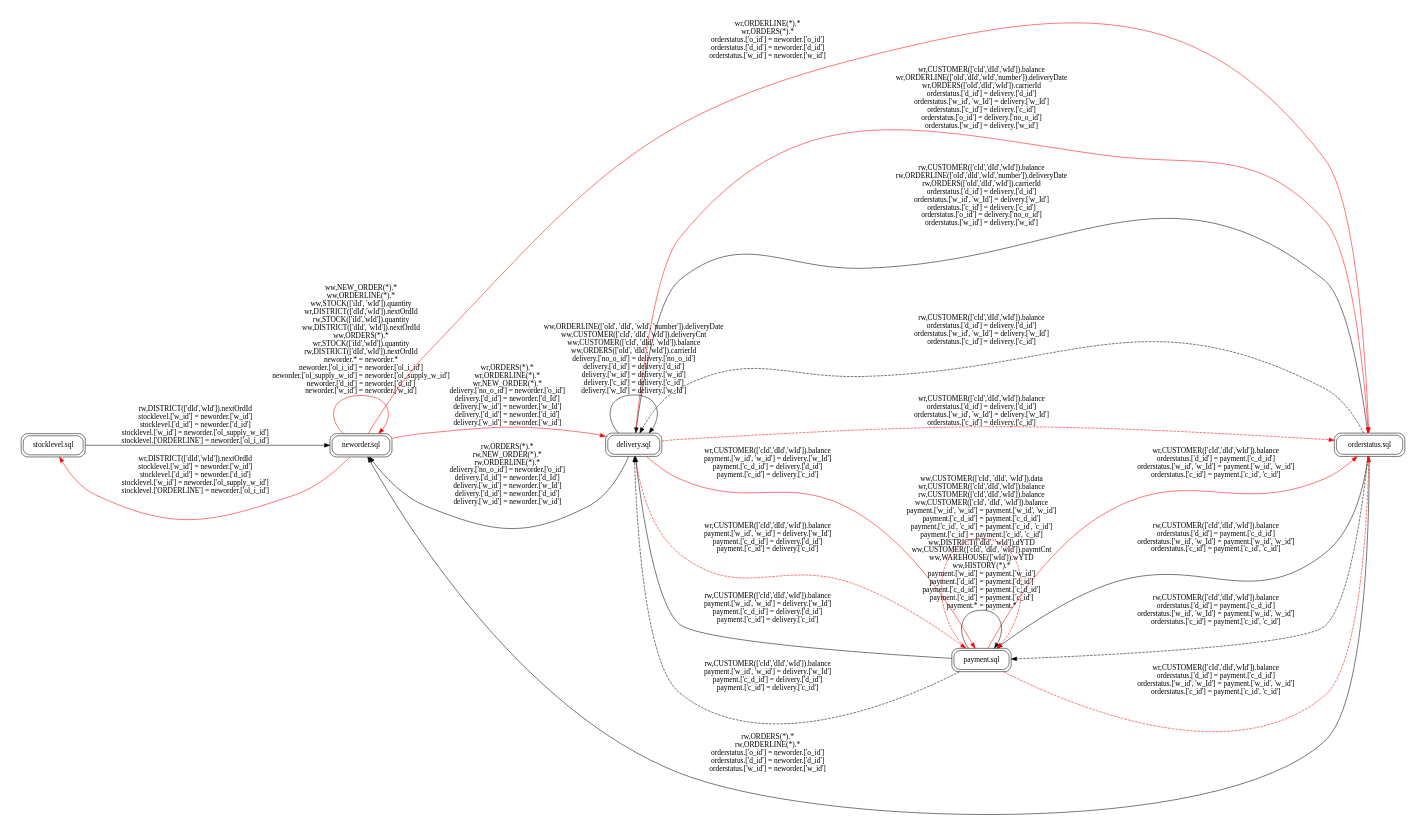
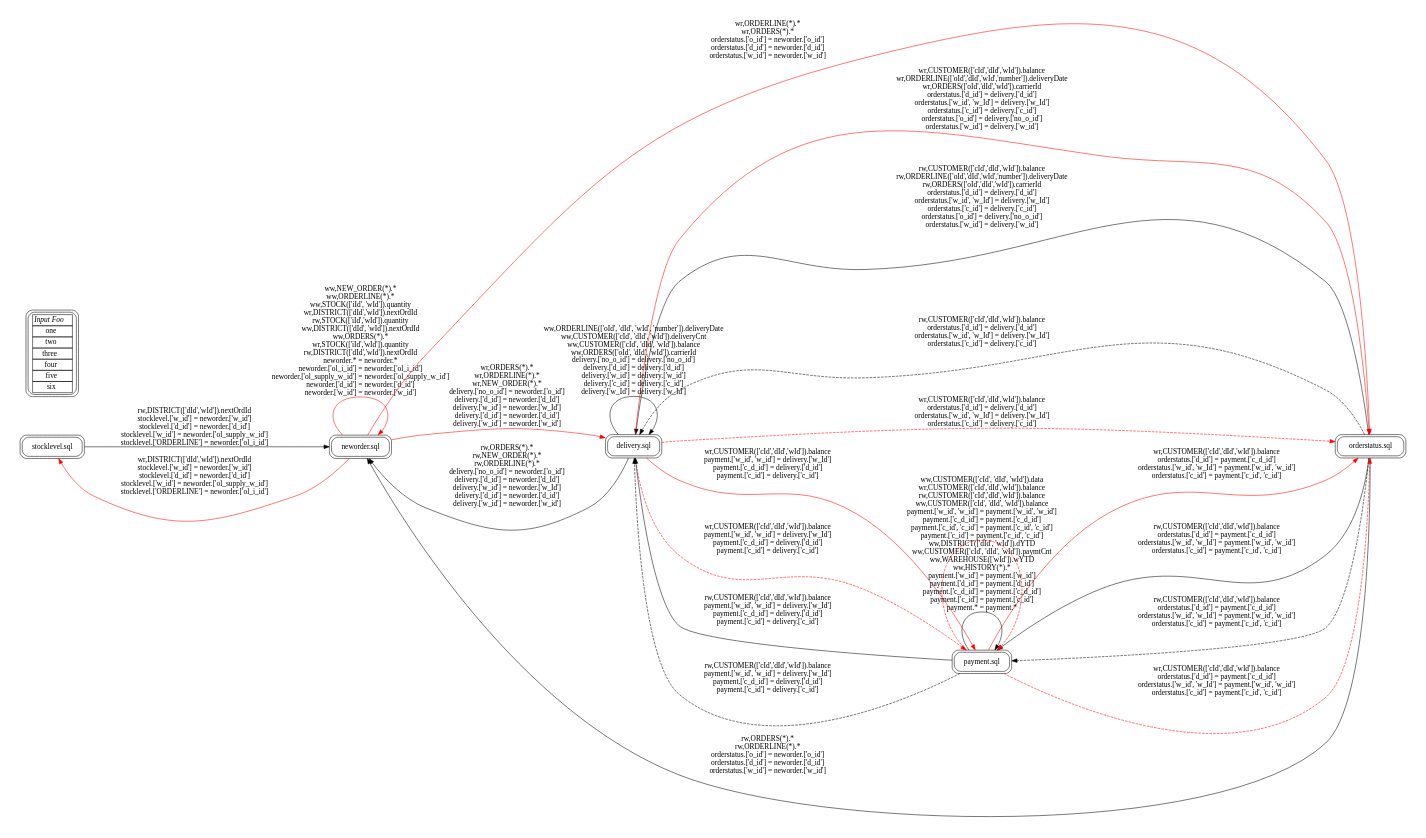
Before and after one commit to Paul-Tra/PLONG-SQL-Dependencies: the diagram in app/graph.dot, drawn with Graphviz. The commit also changed 14 other files, not shown here.

```diff
--- a/app/graph.dot
+++ b/app/graph.dot
@@ -1,138 +1,152 @@
 digraph G{
 	rankdir=LR
 	size="8,5"
 	nodesep=1.0
 	node[shape=box style=rounded peripheries=2]
 "stocklevel.sql"->"neworder.sql"[ label = "rw,DISTRICT(['dId','wId']).nextOrdId
 	stocklevel.['w_id'] = neworder.['w_id']
 	stocklevel.['d_id'] = neworder.['d_id']
 	stocklevel.['w_id'] = neworder.['ol_supply_w_id']
 	stocklevel.['ORDERLINE'] = neworder.['ol_i_id']", style = solid, color = black ]
 "neworder.sql"->"stocklevel.sql"[ label = "wr,DISTRICT(['dId','wId']).nextOrdId
 	stocklevel.['w_id'] = neworder.['w_id']
 	stocklevel.['d_id'] = neworder.['d_id']
 	stocklevel.['w_id'] = neworder.['ol_supply_w_id']
 	stocklevel.['ORDERLINE'] = neworder.['ol_i_id']", style = solid, color = red ]
 "orderstatus.sql"->"neworder.sql"[ label = "rw,ORDERS(*).*
 	rw,ORDERLINE(*).*
 	orderstatus.['o_id'] = neworder.['o_id']
 	orderstatus.['d_id'] = neworder.['d_id']
 	orderstatus.['w_id'] = neworder.['w_id']", style = solid, color = black ]
 "neworder.sql"->"orderstatus.sql"[ label = "wr,ORDERLINE(*).*
 	wr,ORDERS(*).*
 	orderstatus.['o_id'] = neworder.['o_id']
 	orderstatus.['d_id'] = neworder.['d_id']
 	orderstatus.['w_id'] = neworder.['w_id']", style = solid, color = red ]
 "orderstatus.sql"->"delivery.sql"[ label = "rw,CUSTOMER(['cId','dId','wId']).balance
 	rw,ORDERLINE(['oId','dId','wId','number']).deliveryDate
 	rw,ORDERS(['oId','dId','wId']).carrierId
 	orderstatus.['d_id'] = delivery.['d_id']
 	orderstatus.['w_id', 'w_Id'] = delivery.['w_Id']
 	orderstatus.['c_id'] = delivery.['c_id']
 	orderstatus.['o_id'] = delivery.['no_o_id']
 	orderstatus.['w_id'] = delivery.['w_id']", style = solid, color = black ]
 "delivery.sql"->"orderstatus.sql"[ label = "wr,CUSTOMER(['cId','dId','wId']).balance
 	wr,ORDERLINE(['oId','dId','wId','number']).deliveryDate
 	wr,ORDERS(['oId','dId','wId']).carrierId
 	orderstatus.['d_id'] = delivery.['d_id']
 	orderstatus.['w_id', 'w_Id'] = delivery.['w_Id']
 	orderstatus.['c_id'] = delivery.['c_id']
 	orderstatus.['o_id'] = delivery.['no_o_id']
 	orderstatus.['w_id'] = delivery.['w_id']", style = solid, color = red ]
 "payment.sql"->"orderstatus.sql"[ label = "wr,CUSTOMER(['cId','dId','wId']).balance
 	orderstatus.['d_id'] = payment.['c_d_id']
 	orderstatus.['w_id', 'w_Id'] = payment.['w_id', 'w_id']
 	orderstatus.['c_id'] = payment.['c_id', 'c_id']", style = solid, color = red ]
 "neworder.sql"->"neworder.sql"[ label = "ww,NEW_ORDER(*).*
 	ww,ORDERLINE(*).*
 	ww,STOCK(['iId', 'wId']).quantity
 	wr,DISTRICT(['dId','wId']).nextOrdId
 	rw,STOCK(['iId','wId']).quantity
 	ww,DISTRICT(['dId', 'wId']).nextOrdId
 	ww,ORDERS(*).*
 	wr,STOCK(['iId','wId']).quantity
 	rw,DISTRICT(['dId','wId']).nextOrdId
 	neworder.* = neworder.*
 	neworder.['ol_i_id'] = neworder.['ol_i_id']
 	neworder.['ol_supply_w_id'] = neworder.['ol_supply_w_id']
 	neworder.['d_id'] = neworder.['d_id']
 	neworder.['w_id'] = neworder.['w_id']", style = solid, color = red ]
 "neworder.sql"->"delivery.sql"[ label = "wr,ORDERS(*).*
 	wr,ORDERLINE(*).*
 	wr,NEW_ORDER(*).*
 	delivery.['no_o_id'] = neworder.['o_id']
 	delivery.['d_id'] = neworder.['d_Id']
 	delivery.['w_id'] = neworder.['w_Id']
 	delivery.['d_id'] = neworder.['d_id']
 	delivery.['w_id'] = neworder.['w_id']", style = solid, color = red ]
 "delivery.sql"->"neworder.sql"[ label = "rw,ORDERS(*).*
 	rw,NEW_ORDER(*).*
 	rw,ORDERLINE(*).*
 	delivery.['no_o_id'] = neworder.['o_id']
 	delivery.['d_id'] = neworder.['d_Id']
 	delivery.['w_id'] = neworder.['w_Id']
 	delivery.['d_id'] = neworder.['d_id']
 	delivery.['w_id'] = neworder.['w_id']", style = solid, color = black ]
 "delivery.sql"->"delivery.sql"[ label = "ww,ORDERLINE(['oId', 'dId', 'wId', 'number']).deliveryDate
 	ww,CUSTOMER(['cId', 'dId', 'wId']).deliveryCnt
 	ww,CUSTOMER(['cId', 'dId', 'wId']).balance
 	ww,ORDERS(['oId', 'dId', 'wId']).carrierId
 	delivery.['no_o_id'] = delivery.['no_o_id']
 	delivery.['d_id'] = delivery.['d_id']
 	delivery.['w_id'] = delivery.['w_id']
 	delivery.['c_id'] = delivery.['c_id']
 	delivery.['w_Id'] = delivery.['w_Id']", style = solid, color = black ]
 "delivery.sql"->"payment.sql"[ label = "wr,CUSTOMER(['cId','dId','wId']).balance
 	payment.['w_id', 'w_id'] = delivery.['w_Id']
 	payment.['c_d_id'] = delivery.['d_id']
 	payment.['c_id'] = delivery.['c_id']", style = solid, color = red ]
 "payment.sql"->"payment.sql"[ label = "ww,DISTRICT(['dId', 'wId']).dYTD
 	ww,CUSTOMER(['cId', 'dId', 'wId']).paymtCnt
 	ww,WAREHOUSE(['wId']).wYTD
 	ww,HISTORY(*).*
 	payment.['w_id'] = payment.['w_id']
 	payment.['d_id'] = payment.['d_id']
 	payment.['c_d_id'] = payment.['c_d_id']
 	payment.['c_id'] = payment.['c_id']
 	payment.* = payment.*", style = solid, color = black ]
 "orderstatus.sql"->"payment.sql"[ label = "rw,CUSTOMER(['cId','dId','wId']).balance
 	orderstatus.['d_id'] = payment.['c_d_id']
 	orderstatus.['w_id', 'w_Id'] = payment.['w_id', 'w_id']
 	orderstatus.['c_id'] = payment.['c_id', 'c_id']", style = solid, color = black ]
 "payment.sql"->"delivery.sql"[ label = "rw,CUSTOMER(['cId','dId','wId']).balance
 	payment.['w_id', 'w_id'] = delivery.['w_Id']
 	payment.['c_d_id'] = delivery.['d_id']
 	payment.['c_id'] = delivery.['c_id']", style = solid, color = black ]
 "orderstatus.sql"->"delivery.sql"[ label = "rw,CUSTOMER(['cId','dId','wId']).balance
 	orderstatus.['d_id'] = delivery.['d_id']
 	orderstatus.['w_id', 'w_Id'] = delivery.['w_Id']
 	orderstatus.['c_id'] = delivery.['c_id']", style = dashed, color = black ]
 "orderstatus.sql"->"payment.sql"[ label = "rw,CUSTOMER(['cId','dId','wId']).balance
 	orderstatus.['d_id'] = payment.['c_d_id']
 	orderstatus.['w_id', 'w_Id'] = payment.['w_id', 'w_id']
 	orderstatus.['c_id'] = payment.['c_id', 'c_id']", style = dashed, color = black ]
 "payment.sql"->"delivery.sql"[ label = "rw,CUSTOMER(['cId','dId','wId']).balance
 	payment.['w_id', 'w_id'] = delivery.['w_Id']
 	payment.['c_d_id'] = delivery.['d_id']
 	payment.['c_id'] = delivery.['c_id']", style = dashed, color = black ]
 "payment.sql"->"payment.sql"[ label = "ww,CUSTOMER(['cId', 'dId', 'wId']).data
 	wr,CUSTOMER(['cId','dId','wId']).balance
 	rw,CUSTOMER(['cId','dId','wId']).balance
 	ww,CUSTOMER(['cId', 'dId', 'wId']).balance
 	payment.['w_id', 'w_id'] = payment.['w_id', 'w_id']
 	payment.['c_d_id'] = payment.['c_d_id']
 	payment.['c_id', 'c_id'] = payment.['c_id', 'c_id']
 	payment.['c_id'] = payment.['c_id', 'c_id']", style = dashed, color = red ]
 "delivery.sql"->"orderstatus.sql"[ label = "wr,CUSTOMER(['cId','dId','wId']).balance
 	orderstatus.['d_id'] = delivery.['d_id']
 	orderstatus.['w_id', 'w_Id'] = delivery.['w_Id']
 	orderstatus.['c_id'] = delivery.['c_id']", style = dashed, color = red ]
 "payment.sql"->"orderstatus.sql"[ label = "wr,CUSTOMER(['cId','dId','wId']).balance
 	orderstatus.['d_id'] = payment.['c_d_id']
 	orderstatus.['w_id', 'w_Id'] = payment.['w_id', 'w_id']
 	orderstatus.['c_id'] = payment.['c_id', 'c_id']", style = dashed, color = red ]
 "delivery.sql"->"payment.sql"[ label = "wr,CUSTOMER(['cId','dId','wId']).balance
 	payment.['w_id', 'w_id'] = delivery.['w_Id']
 	payment.['c_d_id'] = delivery.['d_id']
 	payment.['c_id'] = delivery.['c_id']", style = dashed, color = red ]
+
+
+
+	
+Foo [label=<
+<table border="0" cellborder="1" cellspacing="0">
+  <tr><td><i>Input Foo</i></td></tr>
+  <tr><td port="1">one</td></tr>
+  <tr><td port="2">two</td></tr>
+  <tr><td port="3">three</td></tr>
+  <tr><td port="4">four</td></tr>
+  <tr><td port="5">five</td></tr>
+  <tr><td port="6">six</td></tr>
+</table>>];
 }
```
